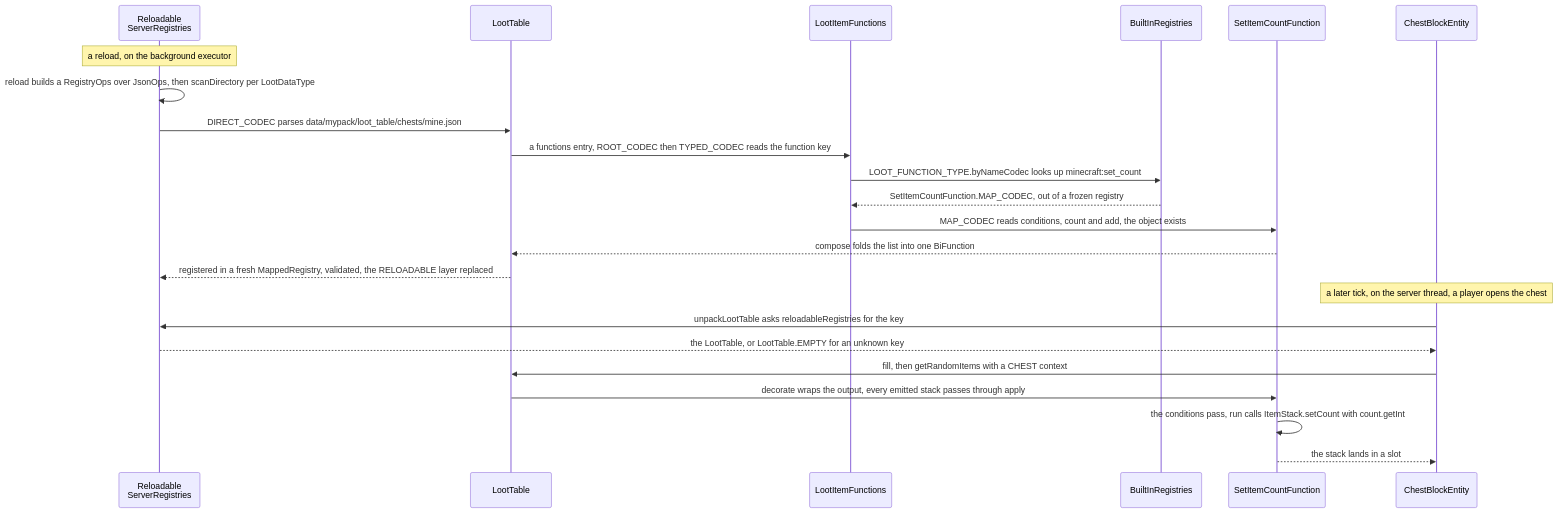
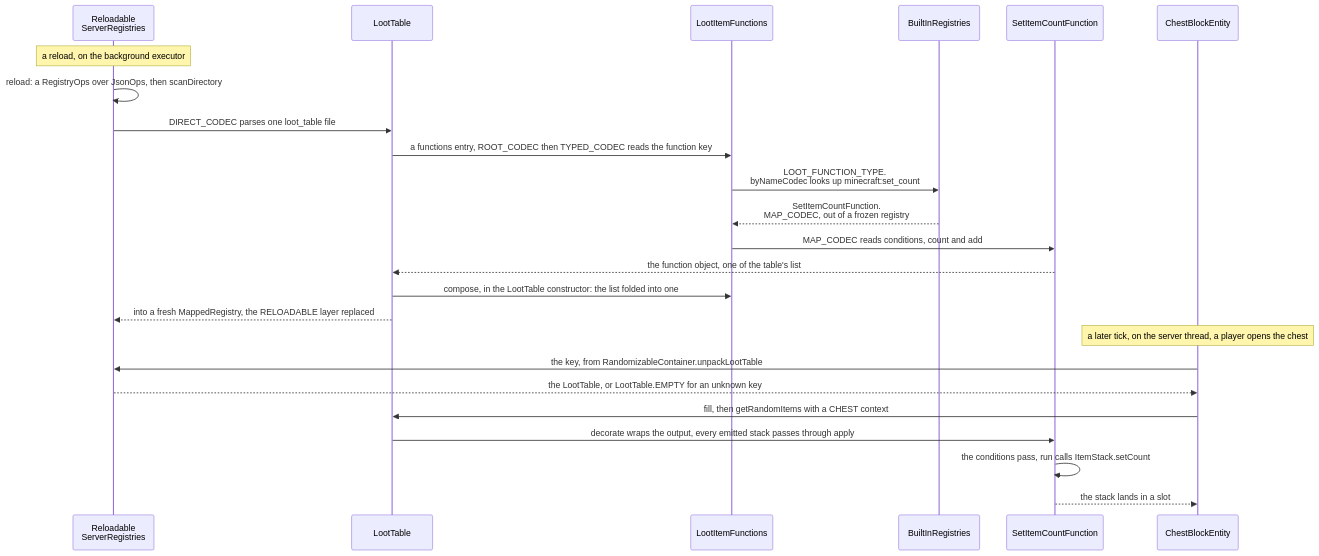
Before and after one commit to AlexanderjFraser/MinecraftDocs: the second of 2 diagrams in src/systems/foundations/data-driven-types.md, drawn with Mermaid. The commit also changed other lines of this file and 14 other files, not shown here.

````diff
--- a/src/systems/foundations/data-driven-types.md
+++ b/src/systems/foundations/data-driven-types.md
@@ -213,26 +218,27 @@
 ```mermaid
 sequenceDiagram
     participant RSReg as Reloadable<br/>ServerRegistries
     participant LT as LootTable
     participant LIF as LootItemFunctions
     participant BIR as BuiltInRegistries
     participant SICF as SetItemCountFunction
     participant CBE as ChestBlockEntity
 
     Note over RSReg: a reload, on the background executor
-    RSReg->>RSReg: reload builds a RegistryOps over JsonOps, then scanDirectory per LootDataType
-    RSReg->>LT: DIRECT_CODEC parses data/mypack/loot_table/chests/mine.json
+    RSReg->>RSReg: reload: a RegistryOps over JsonOps, then scanDirectory
+    RSReg->>LT: DIRECT_CODEC parses one loot_table file
     LT->>LIF: a functions entry, ROOT_CODEC then TYPED_CODEC reads the function key
-    LIF->>BIR: LOOT_FUNCTION_TYPE.byNameCodec looks up minecraft:set_count
-    BIR-->>LIF: SetItemCountFunction.MAP_CODEC, out of a frozen registry
-    LIF->>SICF: MAP_CODEC reads conditions, count and add, the object exists
-    SICF-->>LT: compose folds the list into one BiFunction
-    LT-->>RSReg: registered in a fresh MappedRegistry, validated, the RELOADABLE layer replaced
+    LIF->>BIR: LOOT_FUNCTION_TYPE.<br/>byNameCodec looks up minecraft:set_count
+    BIR-->>LIF: SetItemCountFunction.<br/>MAP_CODEC, out of a frozen registry
+    LIF->>SICF: MAP_CODEC reads conditions, count and add
+    SICF-->>LT: the function object, one of the table's list
+    LT->>LIF: compose, in the LootTable constructor: the list folded into one
+    LT-->>RSReg: into a fresh MappedRegistry, the RELOADABLE layer replaced
     Note over CBE: a later tick, on the server thread, a player opens the chest
-    CBE->>RSReg: unpackLootTable asks reloadableRegistries for the key
+    CBE->>RSReg: the key, from RandomizableContainer.unpackLootTable
     RSReg-->>CBE: the LootTable, or LootTable.EMPTY for an unknown key
     CBE->>LT: fill, then getRandomItems with a CHEST context
     LT->>SICF: decorate wraps the output, every emitted stack passes through apply
-    SICF->>SICF: the conditions pass, run calls ItemStack.setCount with count.getInt
+    SICF->>SICF: the conditions pass, run calls ItemStack.setCount
     SICF-->>CBE: the stack lands in a slot
 ```
````
